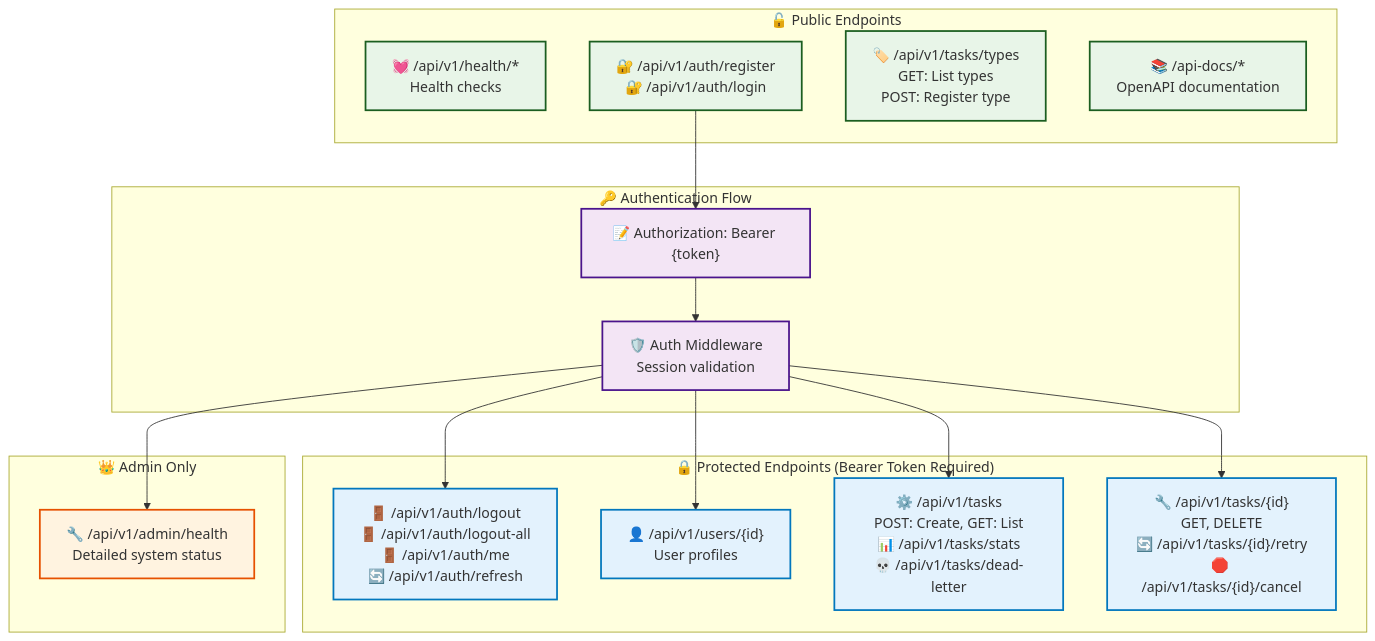
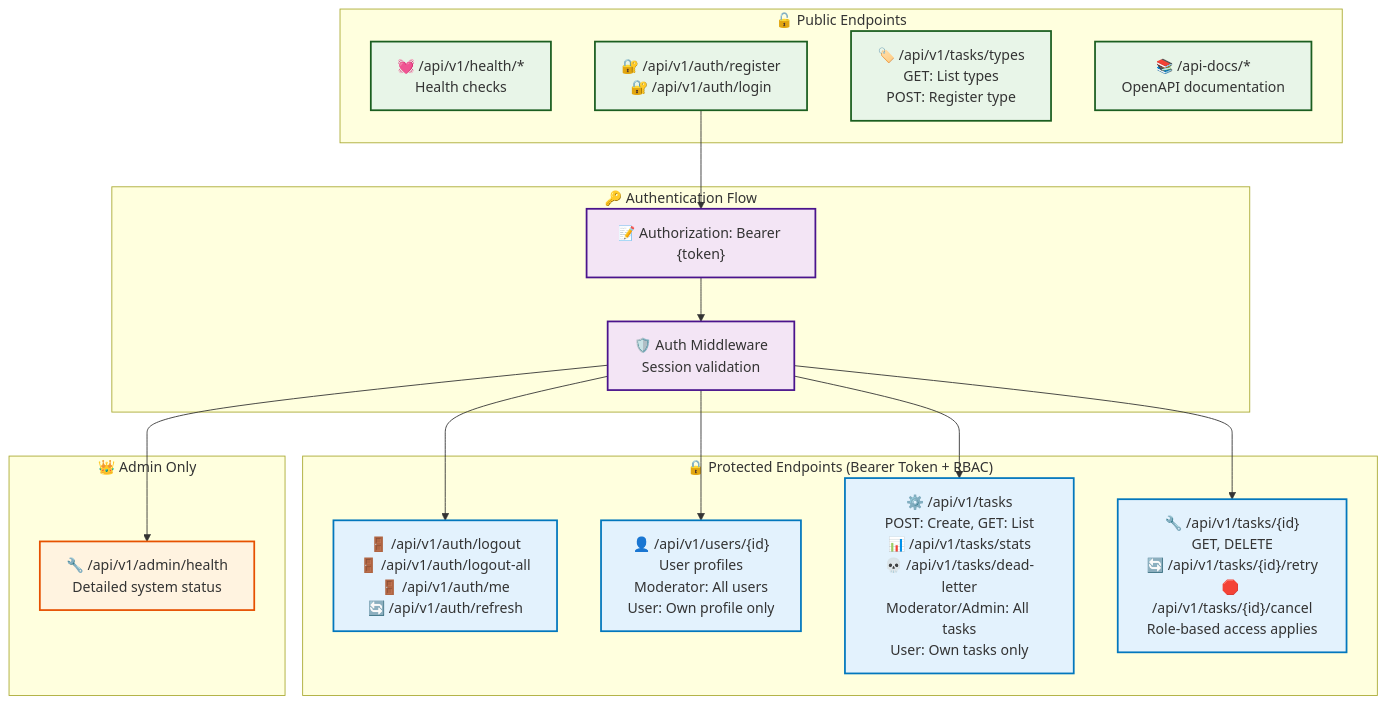
The diagram in docs/api-reference.md (quanhua92/rust-fullstack-starter), drawn with Mermaid before and after one commit. The commit also changed other lines of this file and 8 other files, not shown here.

First line of the commit message:
docs: Comprehensive RBAC documentation update across all project files

````diff
--- a/docs/api-reference.md
+++ b/docs/api-reference.md
@@ -32,43 +32,43 @@
 ```mermaid
 graph TB
     subgraph "🔓 Public Endpoints"
         HEALTH[💓 /api/v1/health/*<br/>Health checks]
         AUTH_PUB[🔐 /api/v1/auth/register<br/>🔐 /api/v1/auth/login]
         TYPES_PUB[🏷️ /api/v1/tasks/types<br/>GET: List types<br/>POST: Register type]
         DOCS[📚 /api-docs/*<br/>OpenAPI documentation]
     end
     
-    subgraph "🔒 Protected Endpoints (Bearer Token Required)"
+    subgraph "🔒 Protected Endpoints (Bearer Token + RBAC)"
         AUTH_PROT[🚪 /api/v1/auth/logout<br/>🚪 /api/v1/auth/logout-all<br/>🚪 /api/v1/auth/me<br/>🔄 /api/v1/auth/refresh]
-        USERS["👤 /api/v1/users/{id}<br/>User profiles"]
-        TASKS[⚙️ /api/v1/tasks<br/>POST: Create, GET: List<br/>📊 /api/v1/tasks/stats<br/>💀 /api/v1/tasks/dead-letter]
-        TASK_OPS["🔧 /api/v1/tasks/{id}<br/>GET, DELETE<br/>🔄 /api/v1/tasks/{id}/retry<br/>🛑 /api/v1/tasks/{id}/cancel"]
+        USERS["👤 /api/v1/users/{id}<br/>User profiles<br/>Moderator: All users<br/>User: Own profile only"]
+        TASKS[⚙️ /api/v1/tasks<br/>POST: Create, GET: List<br/>📊 /api/v1/tasks/stats<br/>💀 /api/v1/tasks/dead-letter<br/>Moderator/Admin: All tasks<br/>User: Own tasks only]
+        TASK_OPS["🔧 /api/v1/tasks/{id}<br/>GET, DELETE<br/>🔄 /api/v1/tasks/{id}/retry<br/>🛑 /api/v1/tasks/{id}/cancel<br/>Role-based access applies"]
     end
     
     subgraph "👑 Admin Only"
         ADMIN[🔧 /api/v1/admin/health<br/>Detailed system status]
     end
     
     subgraph "🔑 Authentication Flow"
         BEARER["📝 Authorization: Bearer {token}"]
         MIDDLEWARE[🛡️ Auth Middleware<br/>Session validation]
     end
     
     AUTH_PUB --> BEARER
     BEARER --> MIDDLEWARE
     MIDDLEWARE --> AUTH_PROT
     MIDDLEWARE --> USERS
     MIDDLEWARE --> TASKS
     MIDDLEWARE --> TASK_OPS
     MIDDLEWARE --> ADMIN
     
     classDef publicBox fill:#e8f5e8,stroke:#1b5e20,stroke-width:2px
     classDef protectedBox fill:#e3f2fd,stroke:#0277bd,stroke-width:2px
     classDef adminBox fill:#fff3e0,stroke:#e65100,stroke-width:2px
     classDef authBox fill:#f3e5f5,stroke:#4a148c,stroke-width:2px
     
     class HEALTH,AUTH_PUB,TYPES_PUB,DOCS publicBox
     class AUTH_PROT,USERS,TASKS,TASK_OPS protectedBox
     class ADMIN adminBox
     class BEARER,MIDDLEWARE authBox
 ```
````
